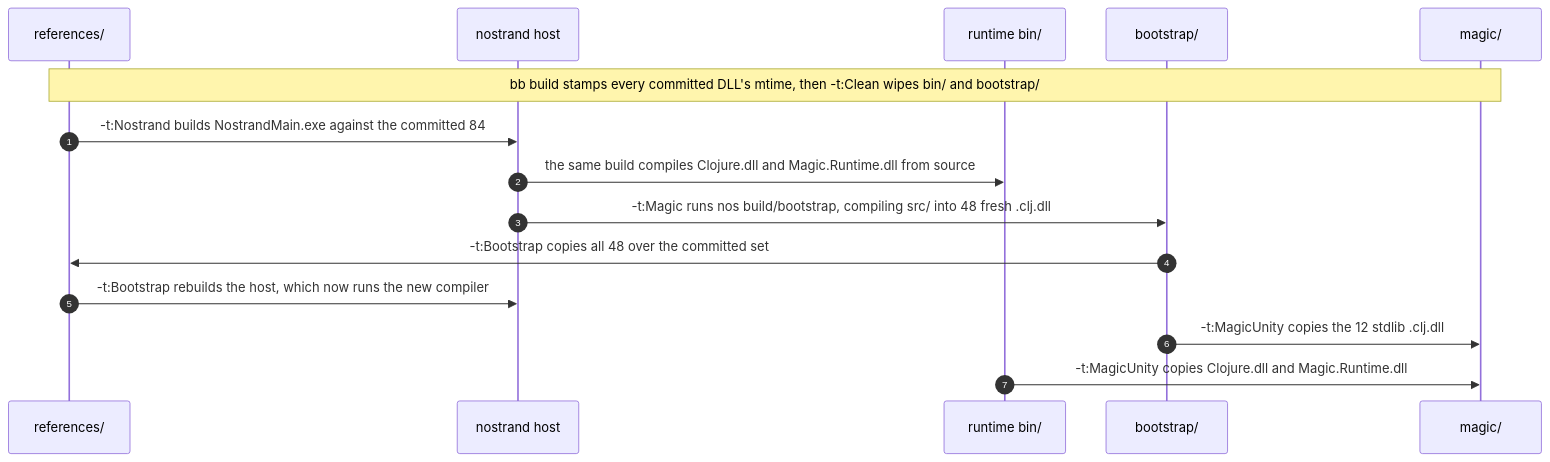
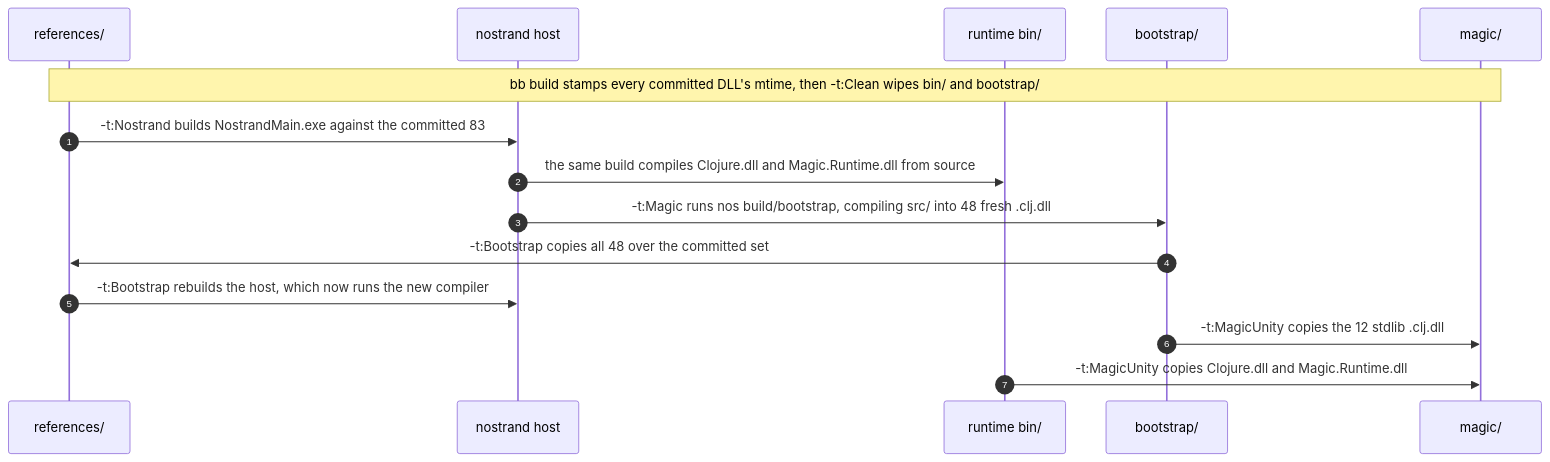
Before and after one commit to flybot-sg/magic: the second of 6 diagrams in docs/bootstrap.md, drawn with Mermaid. The commit also changed other lines of this file and 12 other files, not shown here.

````diff
--- a/docs/bootstrap.md
+++ b/docs/bootstrap.md
@@ -64,18 +64,18 @@
 ```mermaid
 sequenceDiagram
     autonumber
     participant refs as references/
     participant host as nostrand host
     participant rt as runtime bin/
     participant boot as bootstrap/
     participant exp as magic/
 
     Note over refs,exp: bb build stamps every committed DLL's mtime, then -t:Clean wipes bin/ and bootstrap/
-    refs->>host: -t:Nostrand builds NostrandMain.exe against the committed 84
+    refs->>host: -t:Nostrand builds NostrandMain.exe against the committed 83
     host->>rt: the same build compiles Clojure.dll and Magic.Runtime.dll from source
     host->>boot: -t:Magic runs nos build/bootstrap, compiling src/ into 48 fresh .clj.dll
     boot->>refs: -t:Bootstrap copies all 48 over the committed set
     refs->>host: -t:Bootstrap rebuilds the host, which now runs the new compiler
     boot->>exp: -t:MagicUnity copies the 12 stdlib .clj.dll
     rt->>exp: -t:MagicUnity copies Clojure.dll and Magic.Runtime.dll
 ```
````
